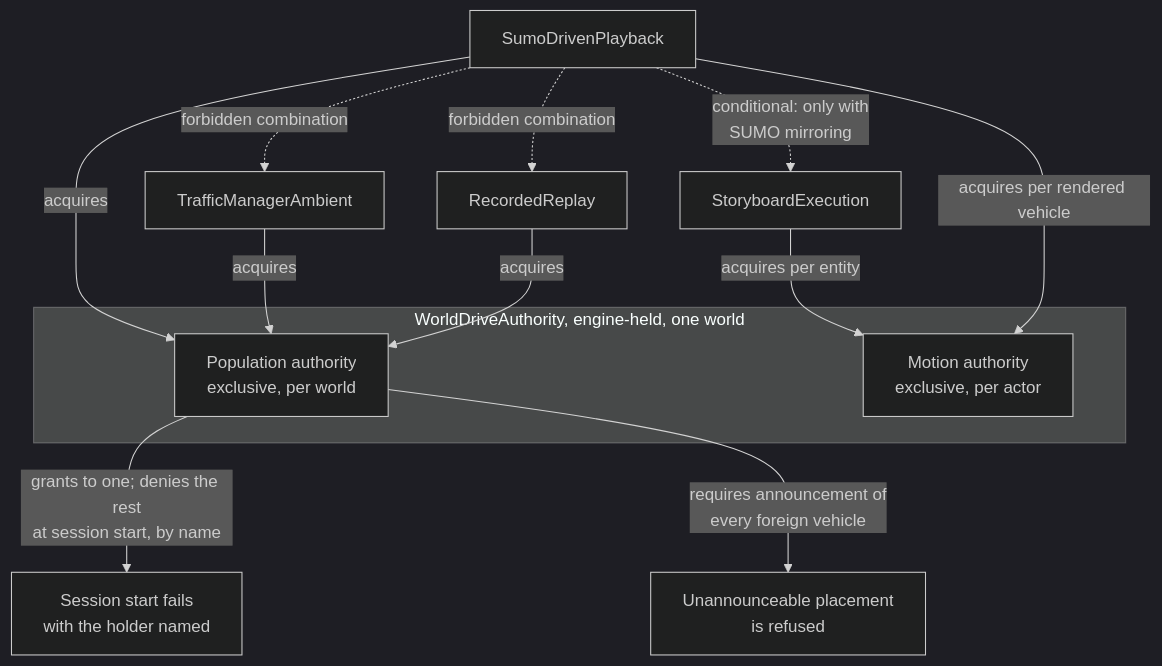
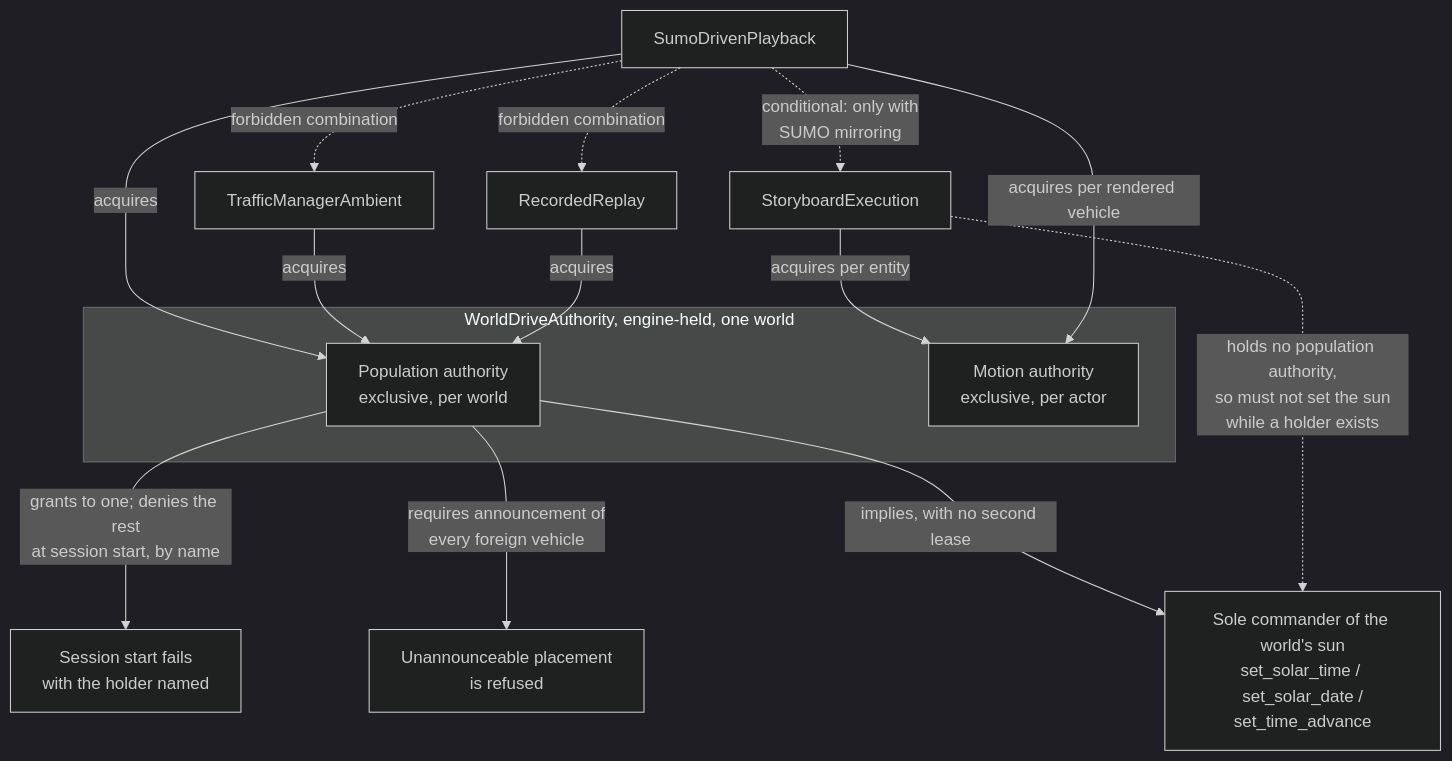
One commit to sbrett9/carla changed the sixth of 8 diagrams in Docs/CAT_Research/Plans/SUMO_Behavioral_Capture/01_Architecture.md. Above: the diagram before and after it, drawn with Mermaid (dark theme). The commit also changed other lines of this file and 15 other files, not shown here.

````diff
--- a/Docs/CAT_Research/Plans/SUMO_Behavioral_Capture/01_Architecture.md
+++ b/Docs/CAT_Research/Plans/SUMO_Behavioral_Capture/01_Architecture.md
@@ -526,20 +724,22 @@
 ```mermaid
 flowchart TB
     subgraph lease["WorldDriveAuthority, engine-held, one world"]
         POP["Population authority<br/>exclusive, per world"]
         MOT["Motion authority<br/>exclusive, per actor"]
     end
 
     SDP["SumoDrivenPlayback"] -->|"acquires"| POP
     TMA["TrafficManagerAmbient"] -->|"acquires"| POP
     RR["RecordedReplay"] -->|"acquires"| POP
     SE["StoryboardExecution"] -->|"acquires per entity"| MOT
     SDP -->|"acquires per rendered vehicle"| MOT
 
     POP -->|"grants to one; denies the rest<br/>at session start, by name"| DENY["Session start fails<br/>with the holder named"]
     POP -->|"requires announcement of<br/>every foreign vehicle"| ANN["Unannounceable placement<br/>is refused"]
+    POP -->|"implies, with no second lease"| SUN["Sole commander of the world's sun<br/>set_solar_time / set_solar_date /<br/>set_time_advance"]
+    SE -.->|"holds no population authority,<br/>so must not set the sun<br/>while a holder exists"| SUN
 
     SDP -.->|"forbidden combination"| TMA
     SDP -.->|"forbidden combination"| RR
     SDP -.->|"conditional: only with<br/>SUMO mirroring"| SE
 ```
````
